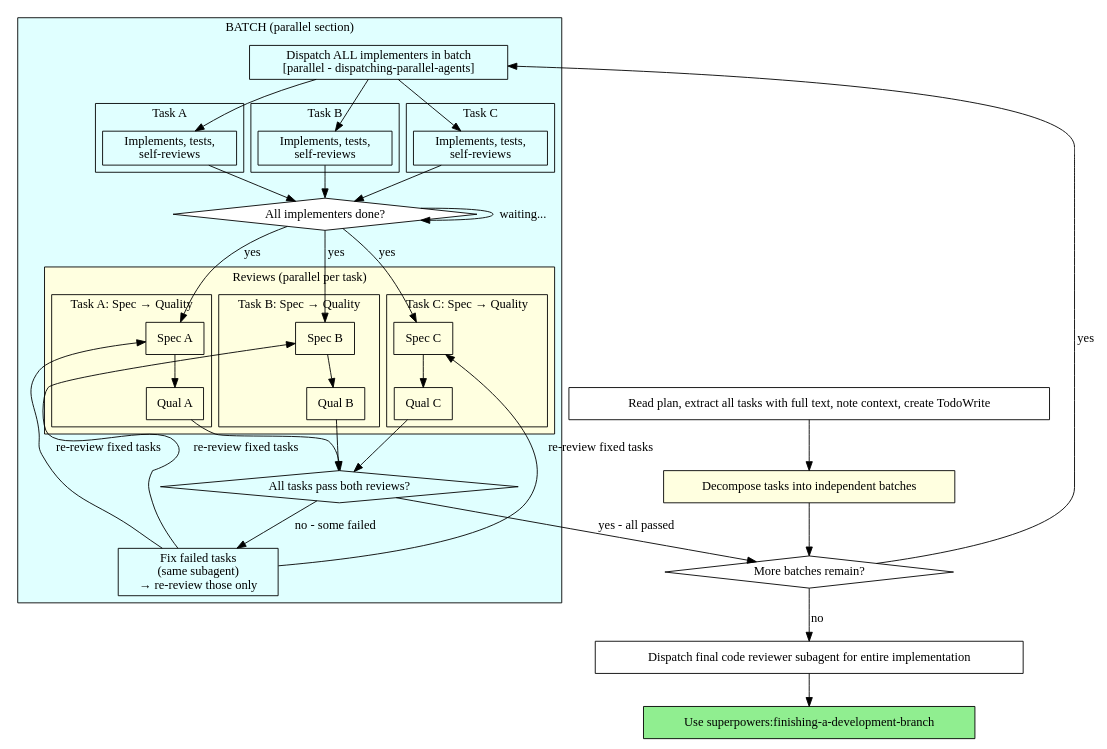
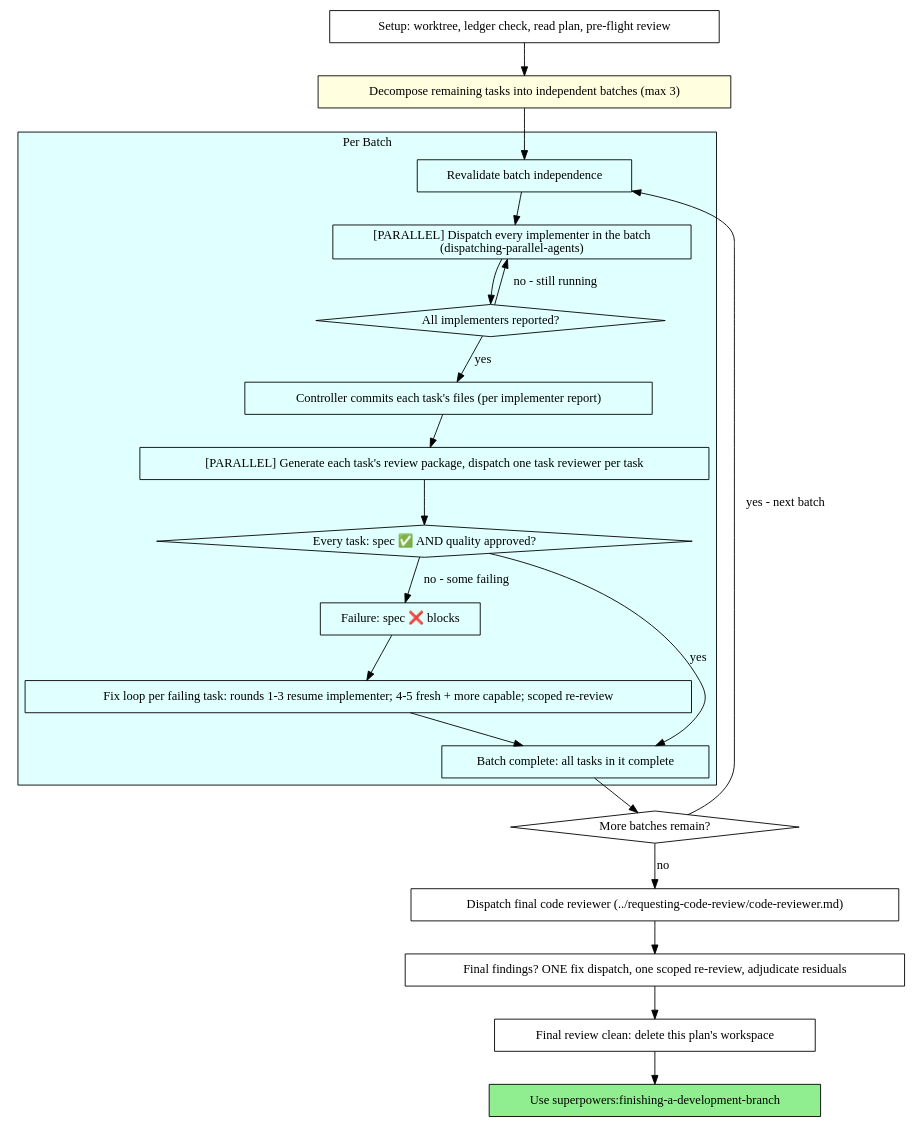
The second of 2 diagrams in skills/subagent-driven-development/SKILL.md (jveko/.agents), drawn with Graphviz before and after one commit. The commit also changed other lines of this file and 60 other files, not shown here.

First line of the commit message:
chore(skills): sync upstream superpowers and fix render-graphs portability

````diff
--- a/skills/subagent-driven-development/SKILL.md
+++ b/skills/subagent-driven-development/SKILL.md
@@ -44,93 +66,48 @@
 ```dot
 digraph process {
     rankdir=TB;
-    compound=true;
 
-    "Read plan, extract all tasks with full text, note context, create TodoWrite" [shape=box];
-    "Decompose tasks into independent batches" [shape=box style=filled fillcolor=lightyellow];
-    "More batches remain?" [shape=diamond];
+    "Setup: worktree, ledger check, read plan, pre-flight review" [shape=box];
+    "Decompose remaining tasks into independent batches (max 3)" [shape=box style=filled fillcolor=lightyellow];
 
     subgraph cluster_batch {
-        label="BATCH (parallel section)";
+        label="Per Batch";
         style=filled;
         fillcolor=lightcyan;
-
-        "Dispatch ALL implementers in batch\n[parallel - dispatching-parallel-agents]" [shape=box];
-
-        subgraph cluster_task_a {
-            label="Task A";
-            "Impl A" [shape=box label="Implements, tests,\nself-reviews"];
-        }
-        subgraph cluster_task_b {
-            label="Task B";
-            "Impl B" [shape=box label="Implements, tests,\nself-reviews"];
-        }
-        subgraph cluster_task_c {
-            label="Task C";
-            "Impl C" [shape=box label="Implements, tests,\nself-reviews"];
-        }
-
-        "All implementers done?" [shape=diamond style=filled fillcolor=white];
-
-        subgraph cluster_review {
-            label="Reviews (parallel per task)";
-            style=filled;
-            fillcolor=lightyellow;
-
-            subgraph cluster_review_a {
-                label="Task A: Spec → Quality";
-                "Spec A" [shape=box];
-                "Qual A" [shape=box];
-            }
-            subgraph cluster_review_b {
-                label="Task B: Spec → Quality";
-                "Spec B" [shape=box];
-                "Qual B" [shape=box];
-            }
-            subgraph cluster_review_c {
-                label="Task C: Spec → Quality";
-                "Spec C" [shape=box];
-                "Qual C" [shape=box];
-            }
-        }
-
-        "All tasks pass both reviews?" [shape=diamond];
-        "Failed task fixes" [shape=box label="Fix failed tasks\n(same subagent)\n→ re-review those only"];
+        "Revalidate batch independence" [shape=box];
+        "[PARALLEL] Dispatch every implementer in the batch\n(dispatching-parallel-agents)" [shape=box];
+        "All implementers reported?" [shape=diamond];
+        "Controller commits each task's files (per implementer report)" [shape=box];
+        "[PARALLEL] Generate each task's review package, dispatch one task reviewer per task" [shape=box];
+        "Every task: spec ✅ AND quality approved?" [shape=diamond];
+        "Spec ❌ / open Critical/Important → blocks regardless of quality" [shape=box label="Failure: spec ❌ blocks"];
+        "Fix loop per failing task: rounds 1-3 resume implementer; 4-5 fresh + more capable; scoped re-review" [shape=box];
+        "Batch complete: all tasks in it complete" [shape=box];
     }
 
-    "Dispatch final code reviewer subagent for entire implementation" [shape=box];
+    "More batches remain?" [shape=diamond];
+    "Dispatch final code reviewer (../requesting-code-review/code-reviewer.md)" [shape=box];
+    "Final findings? ONE fix dispatch, one scoped re-review, adjudicate residuals" [shape=box];
+    "Final review clean: delete this plan's workspace" [shape=box];
     "Use superpowers:finishing-a-development-branch" [shape=box style=filled fillcolor=lightgreen];
 
-    "Read plan, extract all tasks with full text, note context, create TodoWrite" -> "Decompose tasks into independent batches";
-    "Decompose tasks into independent batches" -> "More batches remain?";
-    "More batches remain?" -> "Dispatch ALL implementers in batch\n[parallel - dispatching-parallel-agents]" [label="yes"];
-    "More batches remain?" -> "Dispatch final code reviewer subagent for entire implementation" [label="no"];
-
-    "Dispatch ALL implementers in batch\n[parallel - dispatching-parallel-agents]" -> "Impl A";
-    "Dispatch ALL implementers in batch\n[parallel - dispatching-parallel-agents]" -> "Impl B";
-    "Dispatch ALL implementers in batch\n[parallel - dispatching-parallel-agents]" -> "Impl C";
-    "Impl A" -> "All implementers done?";
-    "Impl B" -> "All implementers done?";
-    "Impl C" -> "All implementers done?";
-
-    "All implementers done?" -> "All implementers done?" [label="waiting..."];
-
-    "All implementers done?" -> "Spec A" [label="yes"];
-    "All implementers done?" -> "Spec B" [label="yes"];
-    "All implementers done?" -> "Spec C" [label="yes"];
-    "Spec A" -> "Qual A";
-    "Spec B" -> "Qual B";
-    "Spec C" -> "Qual C";
-    "Qual A" -> "All tasks pass both reviews?";
-    "Qual B" -> "All tasks pass both reviews?";
-    "Qual C" -> "All tasks pass both reviews?";
-
-    "All tasks pass both reviews?" -> "More batches remain?" [label="yes - all passed"];
-    "All tasks pass both reviews?" -> "Failed task fixes" [label="no - some failed"];
-    "Failed task fixes" -> "Spec A" [label="re-review fixed tasks"];
-    "Failed task fixes" -> "Spec B" [label="re-review fixed tasks"];
-    "Failed task fixes" -> "Spec C" [label="re-review fixed tasks"];
-
-    "Dispatch final code reviewer subagent for entire implementation" -> "Use superpowers:finishing-a-development-branch";
+    "Setup: worktree, ledger check, read plan, pre-flight review" -> "Decompose remaining tasks into independent batches (max 3)";
+    "Decompose remaining tasks into independent batches (max 3)" -> "Revalidate batch independence";
+    "Revalidate batch independence" -> "[PARALLEL] Dispatch every implementer in the batch\n(dispatching-parallel-agents)";
+    "[PARALLEL] Dispatch every implementer in the batch\n(dispatching-parallel-agents)" -> "All implementers reported?";
+    "All implementers reported?" -> "Controller commits each task's files (per implementer report)" [label="yes"];
+    "All implementers reported?" -> "[PARALLEL] Dispatch every implementer in the batch\n(dispatching-parallel-agents)" [label="no - still running"];
+    "Controller commits each task's files (per implementer report)" -> "[PARALLEL] Generate each task's review package, dispatch one task reviewer per task";
+    "[PARALLEL] Generate each task's review package, dispatch one task reviewer per task" -> "Every task: spec ✅ AND quality approved?";
+    "Every task: spec ✅ AND quality approved?" -> "Batch complete: all tasks in it complete" [label="yes"];
+    "Every task: spec ✅ AND quality approved?" -> "Spec ❌ / open Critical/Important → blocks regardless of quality" [label="no - some failing"];
+    "Spec ❌ / open Critical/Important → blocks regardless of quality" -> "Fix loop per failing task: rounds 1-3 resume implementer; 4-5 fresh + more capable; scoped re-review";
+    "Fix loop per failing task: rounds 1-3 resume implementer; 4-5 fresh + more capable; scoped re-review" -> "Batch complete: all tasks in it complete";
+    "Batch complete: all tasks in it complete" -> "More batches remain?";
+    "More batches remain?" -> "Revalidate batch independence" [label="yes - next batch"];
+    "More batches remain?" -> "Dispatch final code reviewer (../requesting-code-review/code-reviewer.md)" [label="no"];
+    "Dispatch final code reviewer (../requesting-code-review/code-reviewer.md)" -> "Final findings? ONE fix dispatch, one scoped re-review, adjudicate residuals";
+    "Final findings? ONE fix dispatch, one scoped re-review, adjudicate residuals" -> "Final review clean: delete this plan's workspace";
+    "Final review clean: delete this plan's workspace" -> "Use superpowers:finishing-a-development-branch";
 }
 ```
````
